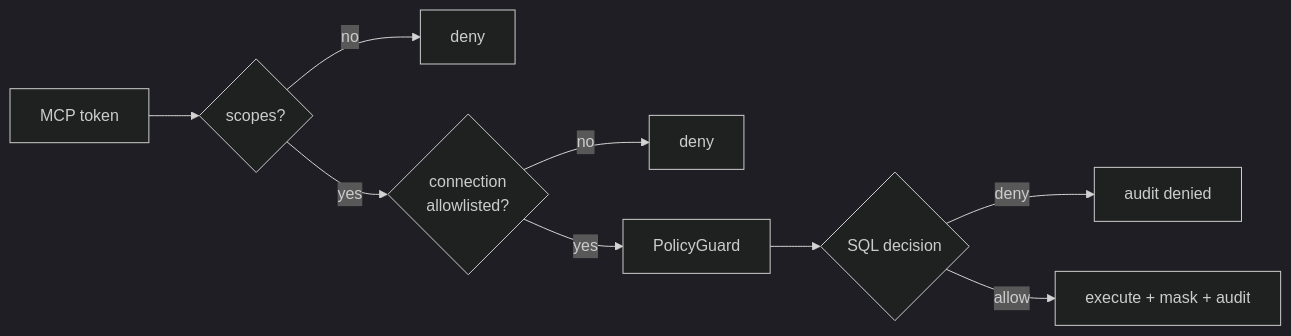
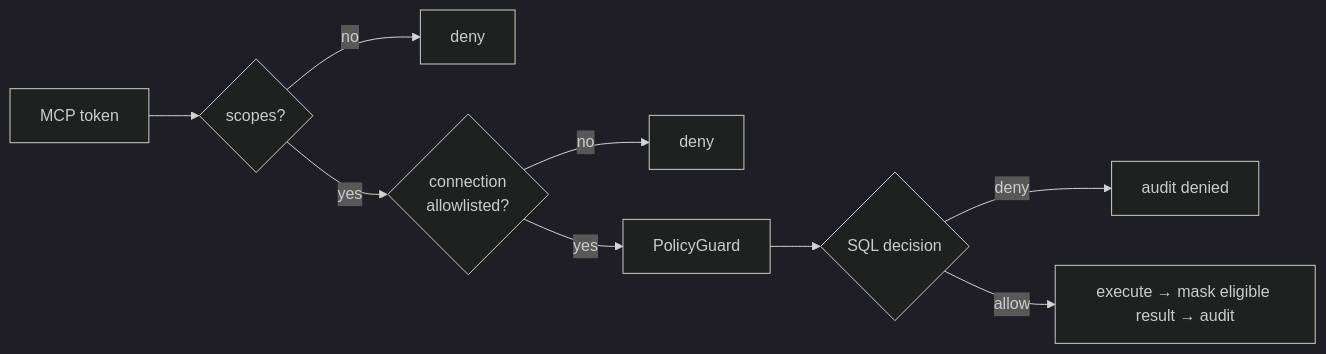
One commit to TableProApp/TablePro changed the fourth of 5 diagrams in ARCHITECTURE.md. Above: the diagram before and after it, drawn with Mermaid (dark theme). The commit also changed other lines of this file and 5 other files, not shown here.

Commit message:
docs(architecture): correct governed flow and token handling

````diff
--- a/ARCHITECTURE.md
+++ b/ARCHITECTURE.md
@@ -270,11 +270,11 @@
 ```mermaid
 flowchart LR
     token[MCP token] --> scopes{scopes?}
     scopes -->|no| deny1[deny]
     scopes -->|yes| allowlist{connection<br/>allowlisted?}
     allowlist -->|no| deny2[deny]
     allowlist -->|yes| guard[PolicyGuard]
     guard --> sql{SQL decision}
     sql -->|deny| auditD[audit denied]
-    sql -->|allow| exec[execute + mask + audit]
+    sql -->|allow| exec[execute → mask eligible result → audit]
 ```
````
